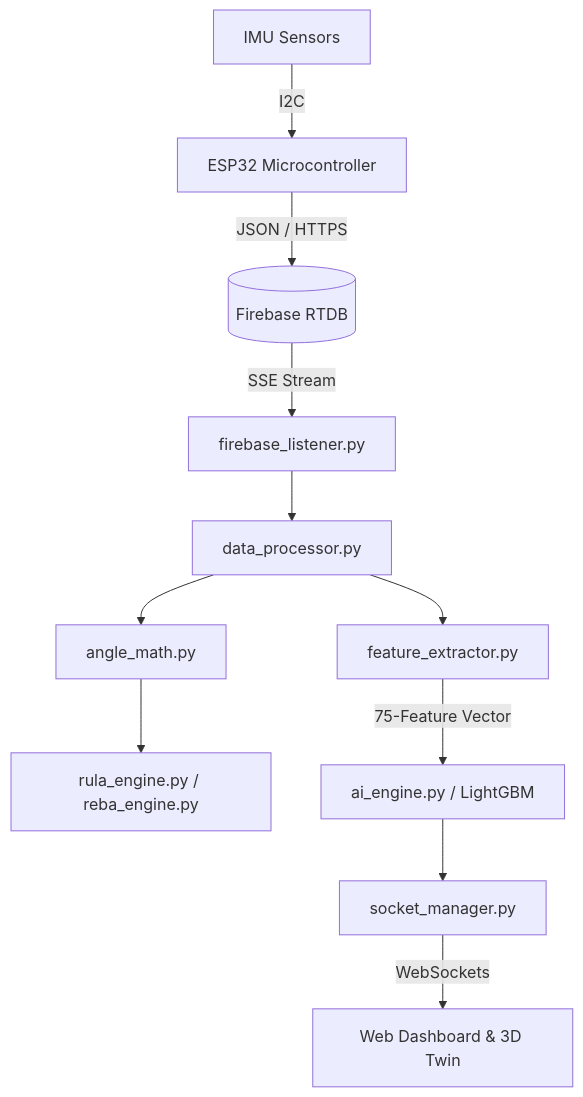
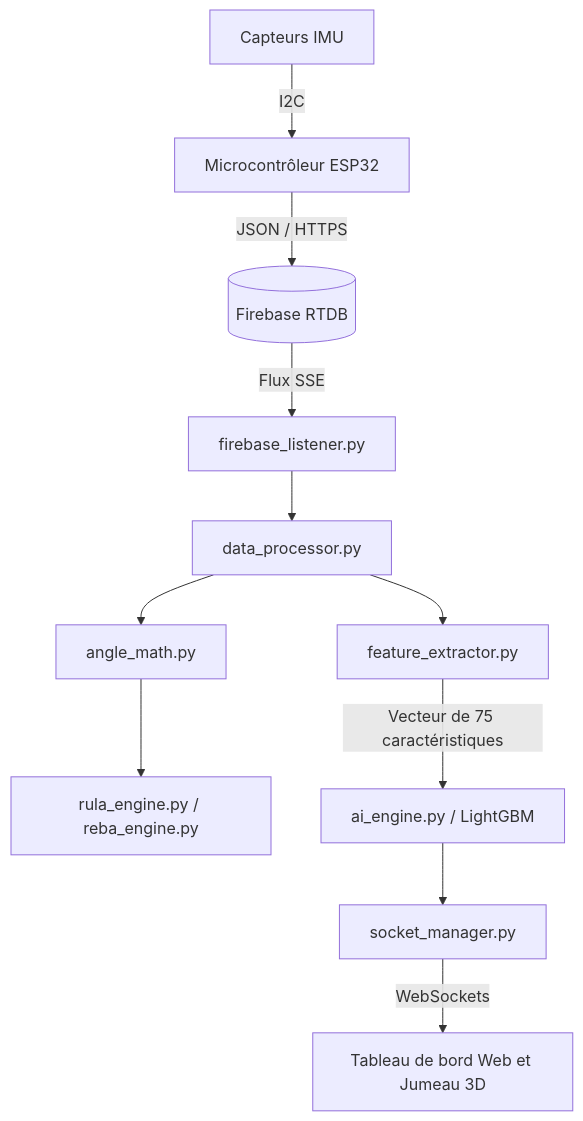
One commit to charrada1993/Ergo_Sensor changed the diagram in FINAL_PROJECT_QA.md. Above: the diagram before and after it, drawn with Mermaid. The commit also changed other lines of this file and 8 other files, not shown here.

````diff
--- a/FINAL_PROJECT_QA.md
+++ b/FINAL_PROJECT_QA.md
@@ -66,13 +66,13 @@
 ```mermaid
 graph TD;
-    IMU[IMU Sensors] -->|I2C| ESP32[ESP32 Microcontroller]
+    IMU[Capteurs IMU] -->|I2C| ESP32[Microcontrôleur ESP32]
     ESP32 -->|JSON / HTTPS| Firebase[(Firebase RTDB)]
-    Firebase -->|SSE Stream| FB_Listener[firebase_listener.py]
+    Firebase -->|Flux SSE| FB_Listener[firebase_listener.py]
     FB_Listener --> DataProc[data_processor.py]
     DataProc --> Math[angle_math.py]
     Math --> Ergo[rula_engine.py / reba_engine.py]
     DataProc --> FeatExt[feature_extractor.py]
-    FeatExt -->|75-Feature Vector| AIEngine[ai_engine.py / LightGBM]
+    FeatExt -->|Vecteur de 75 caractéristiques| AIEngine[ai_engine.py / LightGBM]
     AIEngine --> Socket[socket_manager.py]
-    Socket -->|WebSockets| Browser[Web Dashboard & 3D Twin]
+    Socket -->|WebSockets| Browser[Tableau de bord Web et Jumeau 3D]
 ```
````
